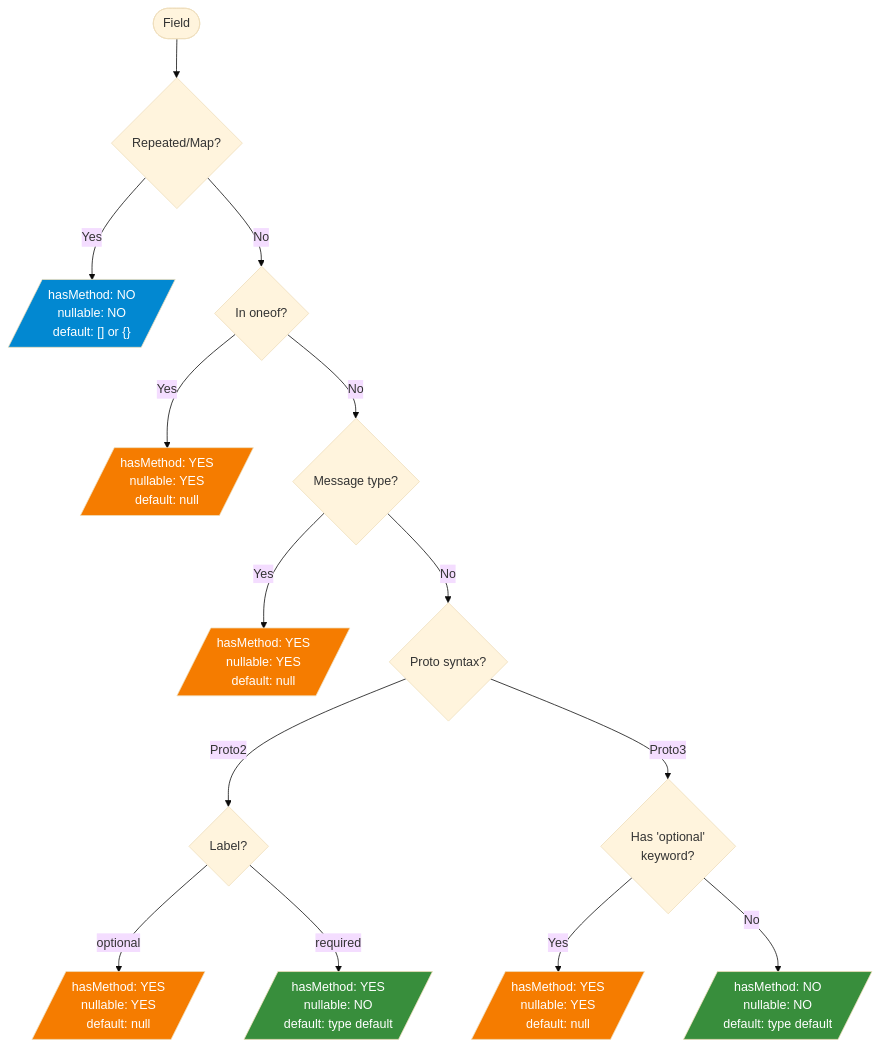
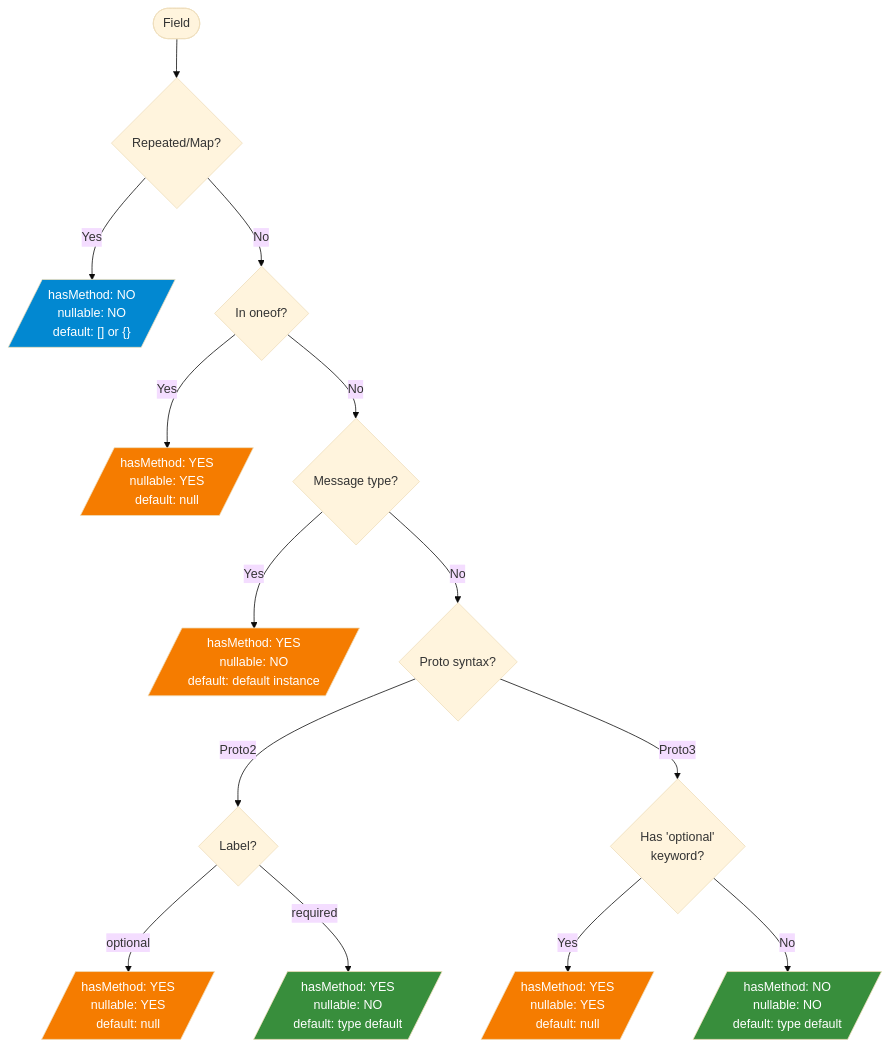
The diagram in docs/CONTRACT-MATRIX.md (alnovis/proto-wrapper-plugin), drawn with Mermaid (base theme) before and after one commit. The commit also changed other lines of this file and 32 other files, not shown here.

First line of the commit message:
Release 2.3.2: message getters return default instance instead of null

````diff
--- a/docs/CONTRACT-MATRIX.md
+++ b/docs/CONTRACT-MATRIX.md
@@ -27,36 +27,36 @@
 ```mermaid
 flowchart TD
     START([Field]) --> IS_REPEATED{Repeated/Map?}
 
     IS_REPEATED -->|Yes| REPEATED_RESULT[/"hasMethod: NO<br/>nullable: NO<br/>default: [] or {}"/]
 
     IS_REPEATED -->|No| IS_ONEOF{In oneof?}
 
     IS_ONEOF -->|Yes| ONEOF_RESULT[/"hasMethod: YES<br/>nullable: YES<br/>default: null"/]
 
     IS_ONEOF -->|No| IS_MESSAGE{Message type?}
 
-    IS_MESSAGE -->|Yes| MESSAGE_RESULT[/"hasMethod: YES<br/>nullable: YES<br/>default: null"/]
+    IS_MESSAGE -->|Yes| MESSAGE_RESULT[/"hasMethod: YES<br/>nullable: NO<br/>default: default instance"/]
 
     IS_MESSAGE -->|No| CHECK_SYNTAX{Proto syntax?}
 
     CHECK_SYNTAX -->|Proto2| PROTO2_LABEL{Label?}
 
     PROTO2_LABEL -->|optional| PROTO2_OPT[/"hasMethod: YES<br/>nullable: YES<br/>default: null"/]
 
     PROTO2_LABEL -->|required| PROTO2_REQ[/"hasMethod: YES<br/>nullable: NO<br/>default: type default"/]
 
     CHECK_SYNTAX -->|Proto3| PROTO3_OPTIONAL{Has 'optional'<br/>keyword?}
 
     PROTO3_OPTIONAL -->|Yes| PROTO3_EXPLICIT[/"hasMethod: YES<br/>nullable: YES<br/>default: null"/]
 
     PROTO3_OPTIONAL -->|No| PROTO3_IMPLICIT[/"hasMethod: NO<br/>nullable: NO<br/>default: type default"/]
 
     style REPEATED_RESULT fill:#0288d1,color:#fff
     style ONEOF_RESULT fill:#f57c00,color:#fff
     style MESSAGE_RESULT fill:#f57c00,color:#fff
     style PROTO2_OPT fill:#f57c00,color:#fff
     style PROTO2_REQ fill:#388e3c,color:#fff
     style PROTO3_EXPLICIT fill:#f57c00,color:#fff
     style PROTO3_IMPLICIT fill:#388e3c,color:#fff
 ```
````
